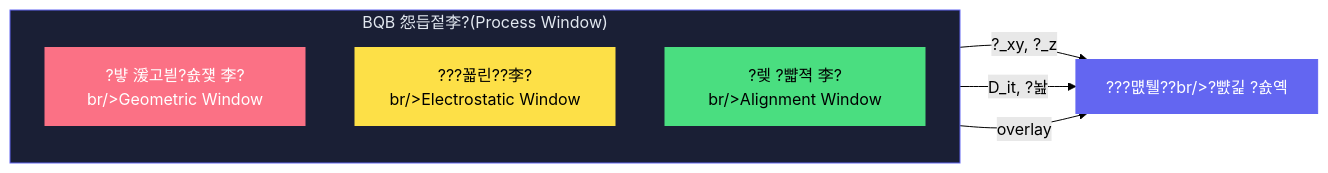
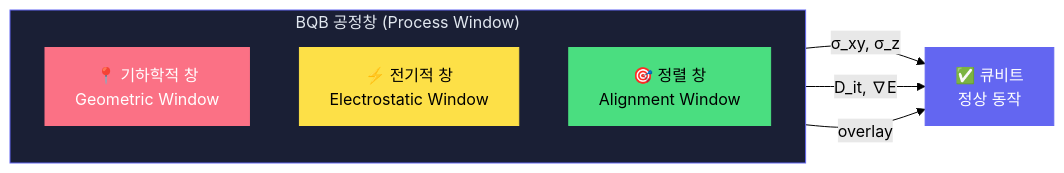
Before and after one commit to lee6147/Quantum_BQB: the first of 5 diagrams in Proficiency Levels/Intermediate Level/README.md, drawn with Mermaid (forest theme). The commit also changed other lines of this file, not shown here.

````diff
--- a/Proficiency Levels/Intermediate Level/README.md
+++ b/Proficiency Levels/Intermediate Level/README.md
@@ -127,19 +127,19 @@
 ```mermaid
 graph LR
-    subgraph PW["BQB 怨듭젙李?(Process Window)"]
+    subgraph PW["BQB 공정창 (Process Window)"]
         direction TB
-        G["?뱧 湲고븯?숈쟻 李?br/>Geometric Window"]
-        E["???꾧린??李?br/>Electrostatic Window"]
-        A["?렞 ?뺣젹 李?br/>Alignment Window"]
+        G["📍 기하학적 창<br/>Geometric Window"]
+        E["⚡ 전기적 창<br/>Electrostatic Window"]
+        A["🎯 정렬 창<br/>Alignment Window"]
     end
 
-    G --> |"?_xy, ?_z"| Q["???먮퉬??br/>?뺤긽 ?숈옉"]
-    E --> |"D_it, ?놢"| Q
+    G --> |"σ_xy, σ_z"| Q["✅ 큐비트<br/>정상 동작"]
+    E --> |"D_it, ∇E"| Q
     A --> |"overlay"| Q
 
     style G fill:#fb7185,stroke:#fb7185,color:#fff
     style E fill:#fde047,stroke:#fde047,color:#000
     style A fill:#4ade80,stroke:#4ade80,color:#000
     style Q fill:#6366f1,stroke:#6366f1,color:#fff
     style PW fill:#1a1f35,stroke:#6366f1,color:#e2e8f0
 ```
````
